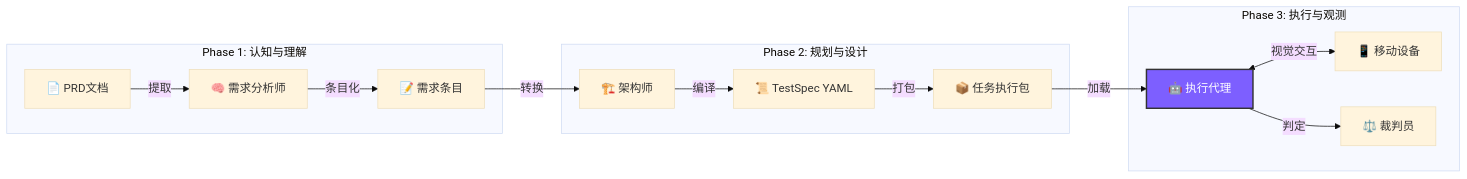
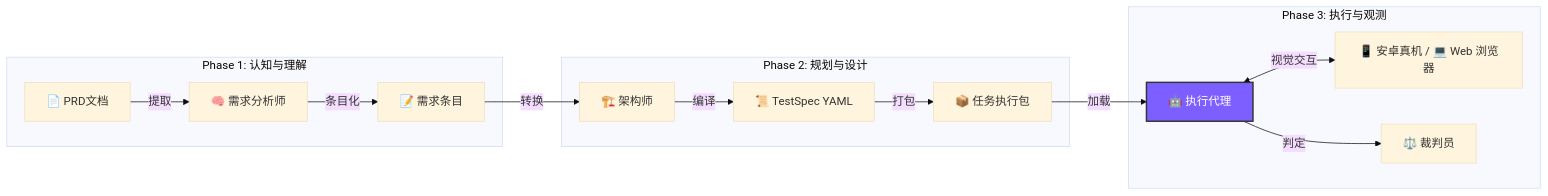
One commit to Yell0wMe/TesterAgent changed the diagram in README.md. Above: the diagram before and after it, drawn with Mermaid (base theme). The commit also changed other lines of this file and 4 other files, not shown here.

````diff
--- a/README.md
+++ b/README.md
@@ -63,21 +67,21 @@
 ```mermaid
 graph LR
     subgraph "Phase 1: 认知与理解"
     Doc[📄 PRD文档] -->|提取| Miner[🧠 需求分析师]
     Miner -->|条目化| Reqs[📝 需求条目]
     end
 
     subgraph "Phase 2: 规划与设计"
     Reqs -->|转换| Synthesizer[🏗️ 架构师]
     Synthesizer -->|编译| Spec[📜 TestSpec YAML]
     Spec -->|打包| Bundle[📦 任务执行包]
     end
 
     subgraph "Phase 3: 执行与观测"
     Bundle -->|加载| Runner[🤖 执行代理]
-    Runner <-->|视觉交互| Phone[📱 移动设备]
+    Runner <-->|视觉交互| Device[📱 安卓真机 / 💻 Web 浏览器]
     Runner -->|判定| Judge[⚖️ 裁判员]
     end
 
     style Runner fill:#7d5fff,stroke:#333,stroke-width:2px,color:white
 ```
````
